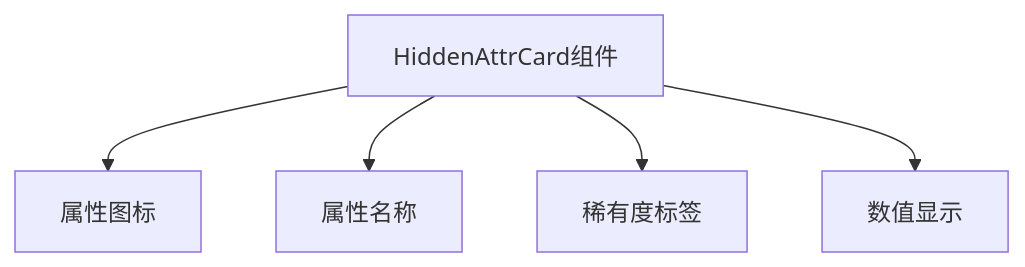
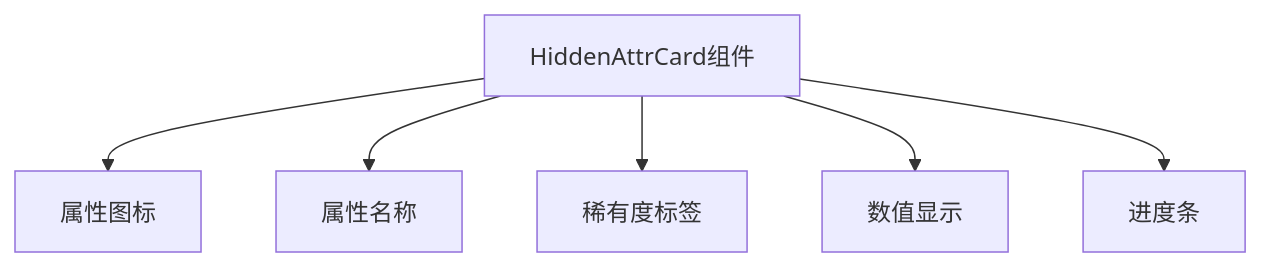
One commit to Dragon0412/fbti-app changed the eighth of 12 diagrams in .qoder/repowiki/zh/content/API参考文档/计算引擎API.md. Above: the diagram before and after it, drawn with Mermaid. The commit also changed other lines of this file and 14 other files, not shown here.

````diff
--- a/.qoder/repowiki/zh/content/API参考文档/计算引擎API.md
+++ b/.qoder/repowiki/zh/content/API参考文档/计算引擎API.md
@@ -401,8 +517,9 @@
 ```mermaid
 graph TB
 HiddenAttrCard[HiddenAttrCard组件]
 HiddenAttrCard --> Icon[属性图标]
 HiddenAttrCard --> Name[属性名称]
 HiddenAttrCard --> Label[稀有度标签]
 HiddenAttrCard --> Score[数值显示]
+HiddenAttrCard --> Progress[进度条]
 ```
````
